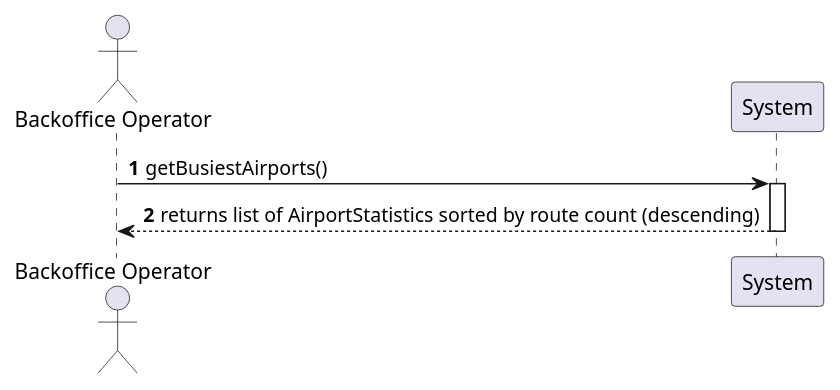
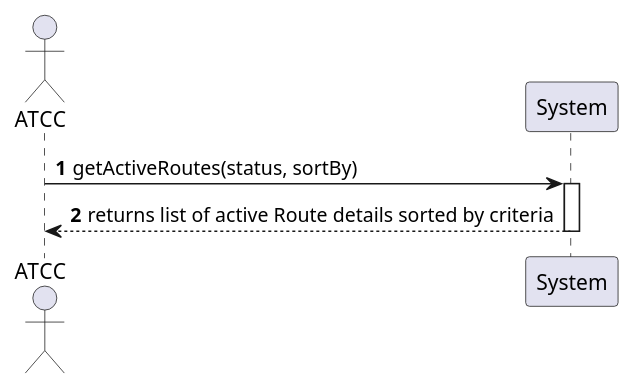
One commit to VascoMagolo/psoft_1231562_1241692_1242036_2db changed the diagram in docs/system-documentation/use-cases/WP3B/US214/puml/ssd_us214.puml. Above: the diagram before and after it, drawn with PlantUML. The commit also changed 56 other files, not shown here.

```diff
--- a/docs/system-documentation/use-cases/WP3B/US214/puml/ssd_us214.puml
+++ b/docs/system-documentation/use-cases/WP3B/US214/puml/ssd_us214.puml
@@ -1,10 +1,10 @@
 @startuml
 autonumber
-actor "Backoffice Operator" as BO
+actor "ATCC" as BO
 participant "System" as Sys
 
-BO -> Sys : getBusiestAirports()
+BO -> Sys : getActiveRoutes(status, sortBy)
 activate Sys
-Sys --> BO : returns list of AirportStatistics sorted by route count (descending)
+Sys --> BO : returns list of active Route details sorted by criteria
 deactivate Sys
 @enduml
```
